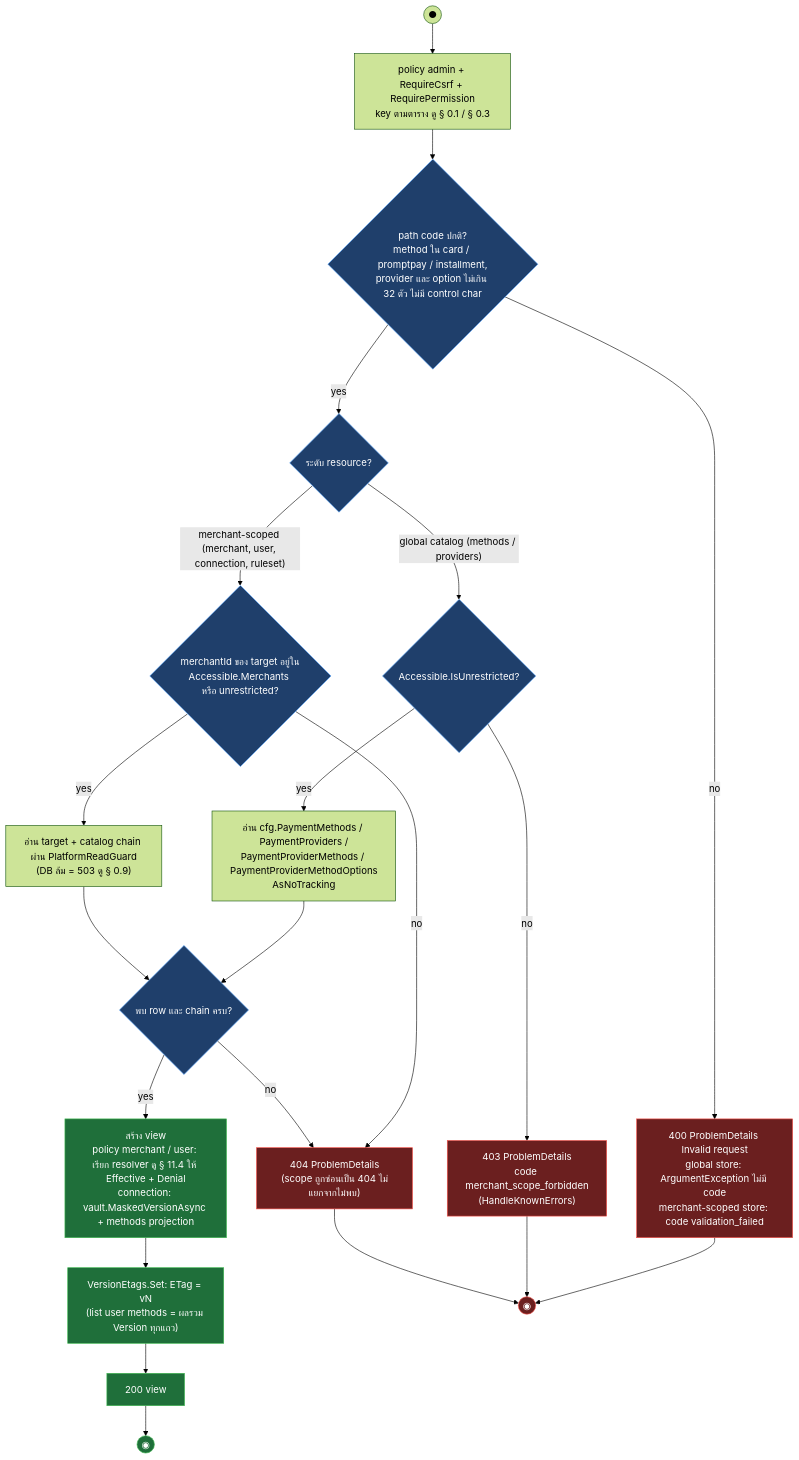
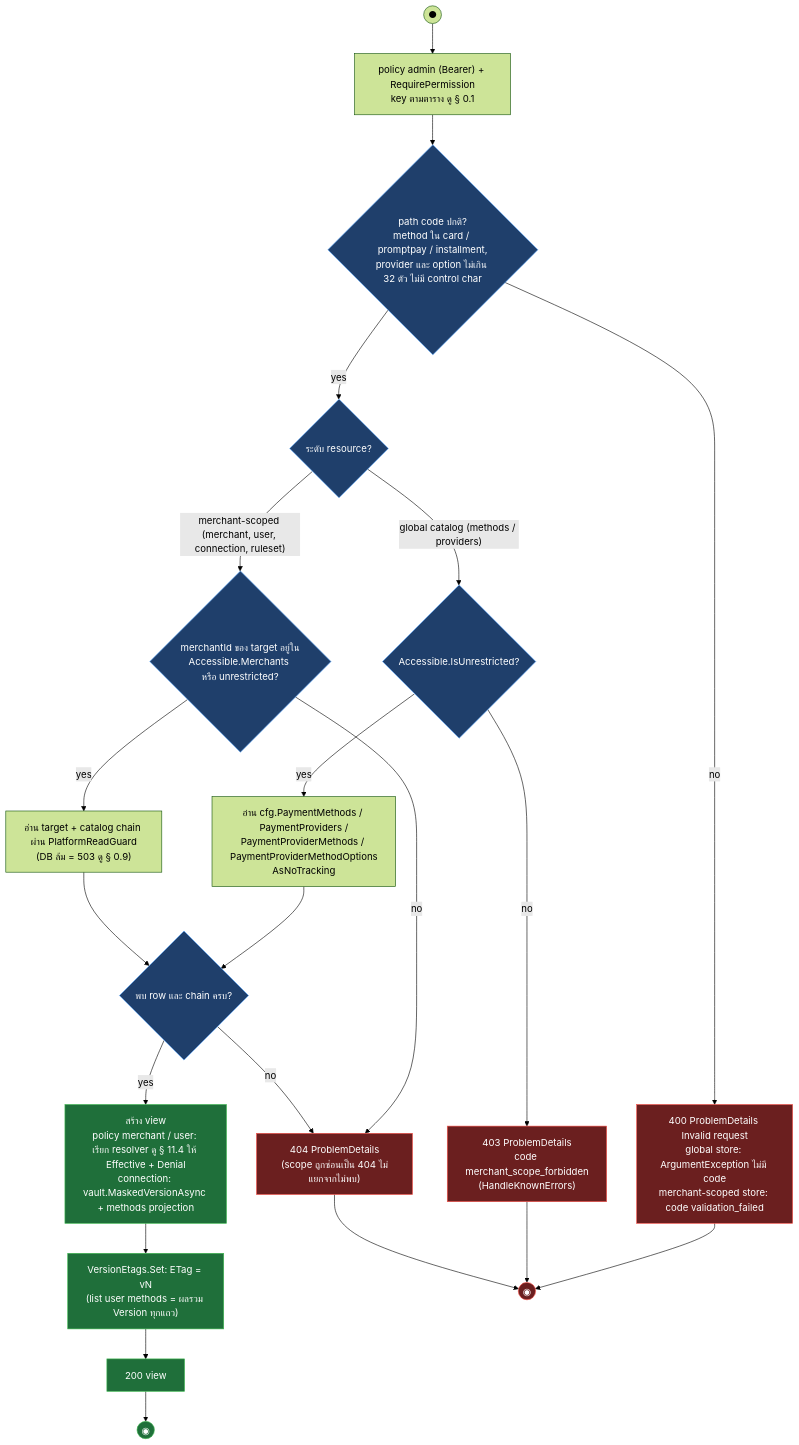
The first of 10 diagrams in outputs/diagrams/2026-09-14_api-endpoints_v1/11-payment-capability-config.activities.md (metrodiesign/pol-core), drawn with Mermaid (forest theme) before and after one commit. The commit also changed other lines of this file and 42 other files, not shown here.

First line of the commit message:
docs: align reference docs and the API diagram set with the Bearer-only admin plane

````diff
--- a/outputs/diagrams/2026-09-14_api-endpoints_v1/11-payment-capability-config.activities.md
+++ b/outputs/diagrams/2026-09-14_api-endpoints_v1/11-payment-capability-config.activities.md
@@ -26,30 +26,30 @@
 ```mermaid
 flowchart TD
-    START((●)) --> GATE["policy admin + RequireCsrf + RequirePermission<br/>key ตามตาราง ดู § 0.1 / § 0.3"]
+    START((●)) --> GATE["policy admin (Bearer) + RequirePermission<br/>key ตามตาราง ดู § 0.1"]
     GATE --> PARSE{"path code ปกติ?<br/>method ใน card / promptpay / installment,<br/>provider และ option ไม่เกิน 32 ตัว ไม่มี control char"}
     PARSE -->|no| R400["400 ProblemDetails Invalid request<br/>global store: ArgumentException ไม่มี code<br/>merchant-scoped store: code validation_failed"]
     PARSE -->|yes| LEVEL{"ระดับ resource?"}
     LEVEL -->|"global catalog (methods / providers)"| UNRES{"Accessible.IsUnrestricted?"}
     UNRES -->|no| R403["403 ProblemDetails<br/>code merchant_scope_forbidden<br/>(HandleKnownErrors)"]
     UNRES -->|yes| LOAD_G["อ่าน cfg.PaymentMethods / PaymentProviders /<br/>PaymentProviderMethods / PaymentProviderMethodOptions<br/>AsNoTracking"]
     LEVEL -->|"merchant-scoped (merchant, user, connection, ruleset)"| ALLOW{"merchantId ของ target อยู่ใน<br/>Accessible.Merchants หรือ unrestricted?"}
     ALLOW -->|no| R404["404 ProblemDetails<br/>(scope ถูกซ่อนเป็น 404 ไม่แยกจากไม่พบ)"]
     ALLOW -->|yes| LOAD_M["อ่าน target + catalog chain ผ่าน PlatformReadGuard<br/>(DB ล้ม = 503 ดู § 0.9)"]
     LOAD_G --> FOUND{"พบ row และ chain ครบ?"}
     LOAD_M --> FOUND
     FOUND -->|no| R404
     FOUND -->|yes| VIEW["สร้าง view<br/>policy merchant / user: เรียก resolver ดู § 11.4 ให้ Effective + Denial<br/>connection: vault.MaskedVersionAsync + methods projection"]
     VIEW --> ETAG["VersionEtags.Set: ETag = vN<br/>(list user methods = ผลรวม Version ทุกแถว)"]
     ETAG --> R200["200 view"]
     R200 --> END_S((◉))
     R400 --> END_F((◉))
     R403 --> END_F
     R404 --> END_F
 
     classDef ok fill:#1f6f3a,stroke:#3fb950,color:#fff
     classDef fail fill:#6b1f1f,stroke:#f85149,color:#fff
     classDef gate fill:#1f3f6b,stroke:#58a6ff,color:#fff
     class VIEW,ETAG,R200,END_S ok
     class R400,R403,R404,END_F fail
     class PARSE,LEVEL,UNRES,ALLOW,FOUND gate
 ```
````
